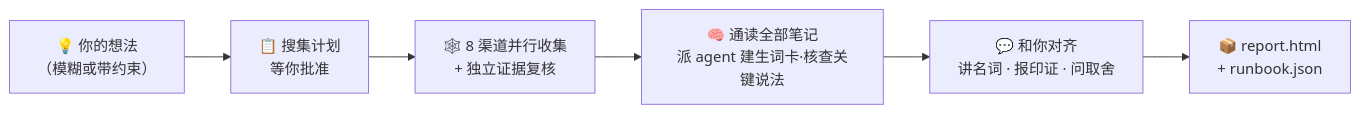
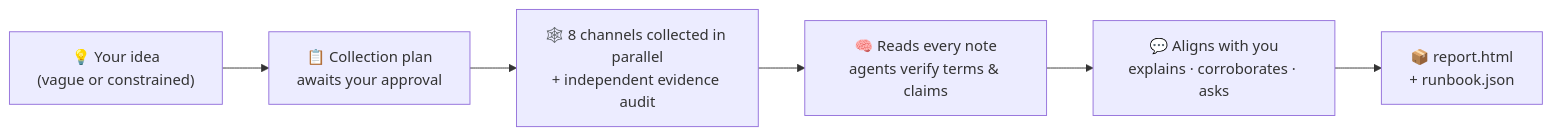
Before and after one commit to Somezak1/research-anything: the diagram in README.md, drawn with Mermaid. The commit also changed other lines of this file and 8 other files, not shown here.

````diff
--- a/README.md
+++ b/README.md
@@ -59,8 +71,8 @@
 ```mermaid
 flowchart LR
-    A["💡 你的想法<br/>（模糊或带约束）"] --> B["📋 搜集计划<br/>等你批准"]
-    B --> C["🕸️ 8 渠道并行收集<br/>+ 独立证据复核"]
-    C --> D["🧠 通读全部笔记<br/>派 agent 建生词卡·核查关键说法"]
-    D --> E["💬 和你对齐<br/>讲名词 · 报印证 · 问取舍"]
+    A["💡 Your idea<br/>(vague or constrained)"] --> B["📋 Collection plan<br/>awaits your approval"]
+    B --> C["🕸️ 8 channels collected in parallel<br/>+ independent evidence audit"]
+    C --> D["🧠 Reads every note<br/>agents verify terms & claims"]
+    D --> E["💬 Aligns with you<br/>explains · corroborates · asks"]
     E --> F["📦 report.html<br/>+ runbook.json"]
 ```
````
